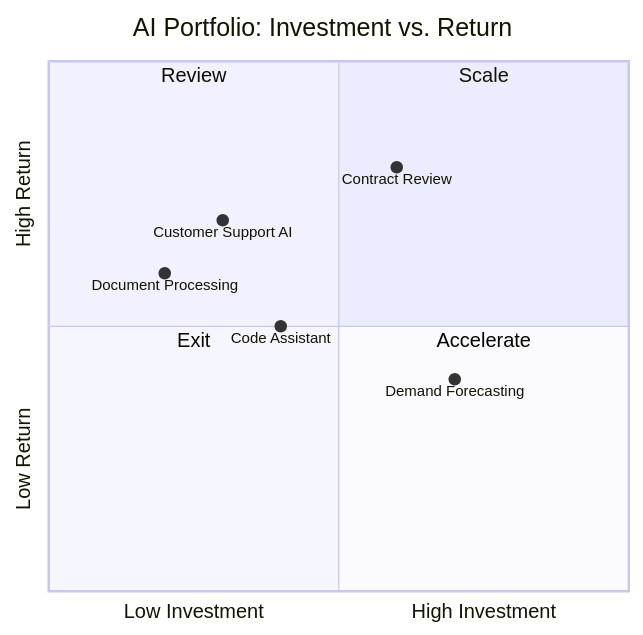
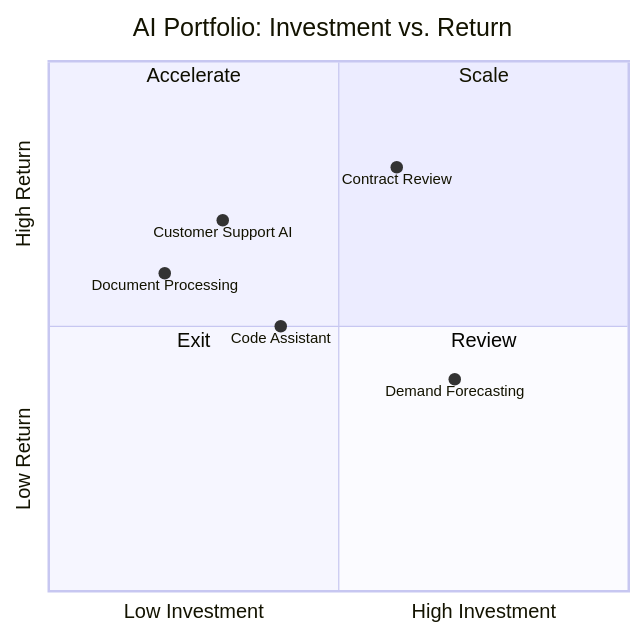
One commit to sunilp/enterprise-ai changed the diagram in content/measurement/board-reporting.md. Above: the diagram before and after it, drawn with Mermaid. The commit also changed other lines of this file and 40 other files, not shown here.

````diff
--- a/content/measurement/board-reporting.md
+++ b/content/measurement/board-reporting.md
@@ -54,15 +54,15 @@
 ```mermaid
 quadrantChart
     title AI Portfolio: Investment vs. Return
     x-axis Low Investment --> High Investment
     y-axis Low Return --> High Return
     quadrant-1 Scale
-    quadrant-2 Review
+    quadrant-2 Accelerate
     quadrant-3 Exit
-    quadrant-4 Accelerate
+    quadrant-4 Review
     Customer Support AI: [0.3, 0.7]
     Contract Review: [0.6, 0.8]
     Demand Forecasting: [0.7, 0.4]
     Code Assistant: [0.4, 0.5]
     Document Processing: [0.2, 0.6]
 ```
````
